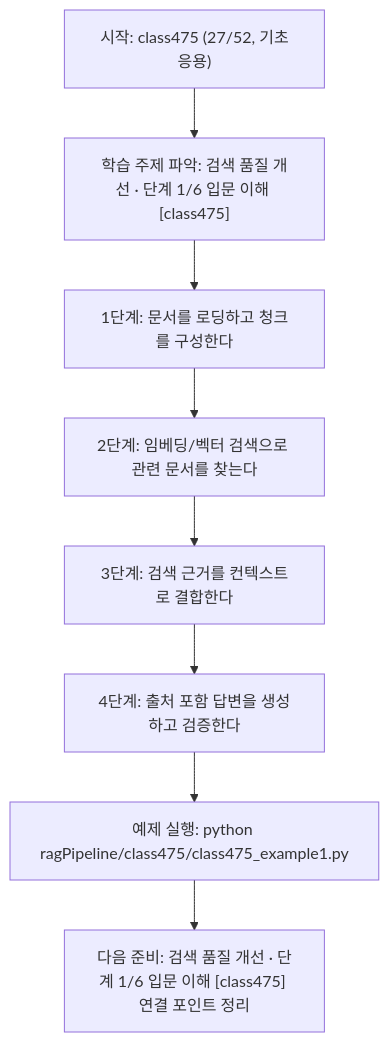
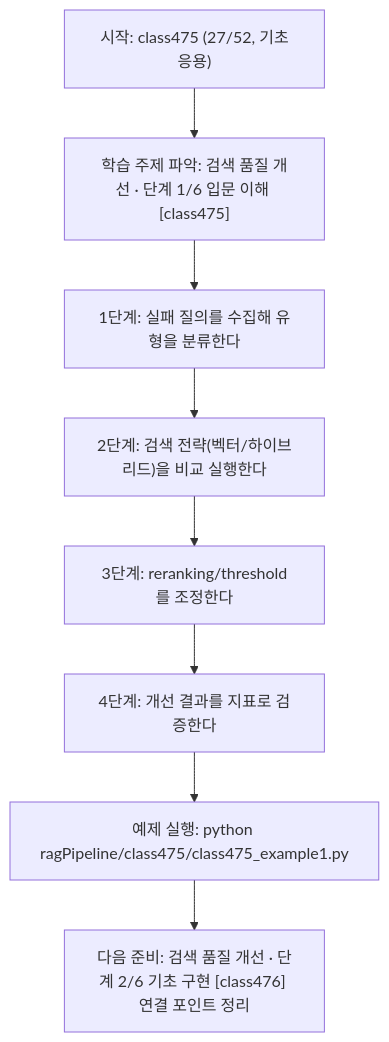
One commit to edumgt/Python-AI_Agent-Class changed the diagram in ragPipeline/class475/class475.md. Above: the diagram before and after it, drawn with Mermaid. The commit also changed other lines of this file and 367 other files, not shown here.

````diff
--- a/ragPipeline/class475/class475.md
+++ b/ragPipeline/class475/class475.md
@@ -111,18 +92,18 @@
 ```mermaid
 flowchart TD
 N1["시작: class475 (27/52, 기초응용)"]
 N2["학습 주제 파악: 검색 품질 개선 · 단계 1/6 입문 이해 [class475]"]
-N3["1단계: 문서를 로딩하고 청크를 구성한다"]
-N4["2단계: 임베딩/벡터 검색으로 관련 문서를 찾는다"]
-N5["3단계: 검색 근거를 컨텍스트로 결합한다"]
-N6["4단계: 출처 포함 답변을 생성하고 검증한다"]
+N3["1단계: 실패 질의를 수집해 유형을 분류한다"]
+N4["2단계: 검색 전략(벡터/하이브리드)을 비교 실행한다"]
+N5["3단계: reranking/threshold를 조정한다"]
+N6["4단계: 개선 결과를 지표로 검증한다"]
 N7["예제 실행: python ragPipeline/class475/class475_example1.py"]
-N8["다음 준비: 검색 품질 개선 · 단계 1/6 입문 이해 [class475] 연결 포인트 정리"]
+N8["다음 준비: 검색 품질 개선 · 단계 2/6 기초 구현 [class476] 연결 포인트 정리"]
 N1 --> N2
 N2 --> N3
 N3 --> N4
 N4 --> N5
 N5 --> N6
 N6 --> N7
 N7 --> N8
 ```
````
